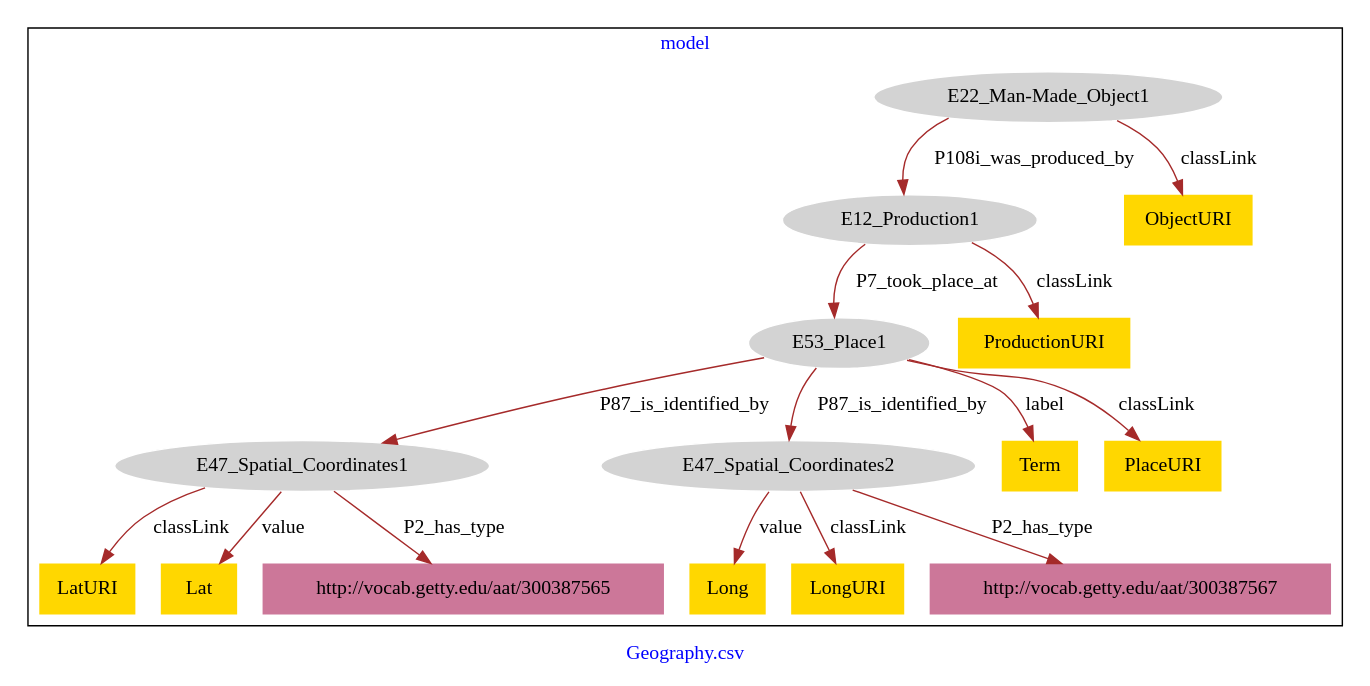
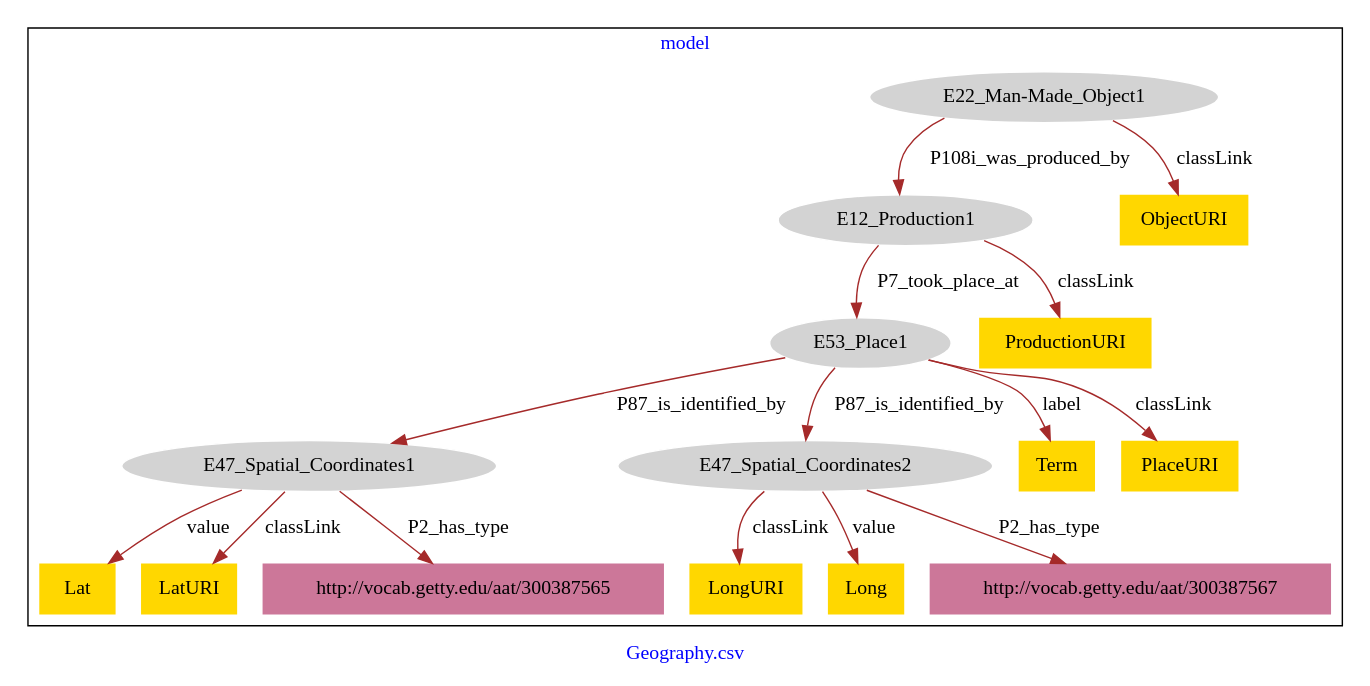
The diagram in Geography/Geography-model.dot (american-art/GM), drawn with Graphviz before and after one commit.

Commit message:
Update file Geography-model.dot

```diff
--- a/Geography/Geography-model.dot
+++ b/Geography/Geography-model.dot
@@ -1,37 +1,37 @@
 digraph n0 {
 fontcolor="blue"
 remincross="true"
 label="Geography.csv"
 subgraph cluster {
 label="model"
 n2[style="filled",color="white",fillcolor="lightgray",label="E12_Production1"];
 n3[style="filled",color="white",fillcolor="lightgray",label="E53_Place1"];
 n4[style="filled",color="white",fillcolor="lightgray",label="E22_Man-Made_Object1"];
 n5[style="filled",color="white",fillcolor="lightgray",label="E47_Spatial_Coordinates1"];
 n6[style="filled",color="white",fillcolor="lightgray",label="E47_Spatial_Coordinates2"];
 n7[shape="plaintext",style="filled",fillcolor="gold",label="Term"];
-n8[shape="plaintext",style="filled",fillcolor="gold",label="Long"];
-n9[shape="plaintext",style="filled",fillcolor="gold",label="LatURI"];
-n10[shape="plaintext",style="filled",fillcolor="gold",label="Lat"];
-n11[shape="plaintext",style="filled",fillcolor="gold",label="ProductionURI"];
-n12[shape="plaintext",style="filled",fillcolor="gold",label="LongURI"];
-n13[shape="plaintext",style="filled",fillcolor="gold",label="ObjectURI"];
-n14[shape="plaintext",style="filled",fillcolor="gold",label="PlaceURI"];
+n8[shape="plaintext",style="filled",fillcolor="gold",label="Lat"];
+n9[shape="plaintext",style="filled",fillcolor="gold",label="LongURI"];
+n10[shape="plaintext",style="filled",fillcolor="gold",label="ObjectURI"];
+n11[shape="plaintext",style="filled",fillcolor="gold",label="PlaceURI"];
+n12[shape="plaintext",style="filled",fillcolor="gold",label="Long"];
+n13[shape="plaintext",style="filled",fillcolor="gold",label="LatURI"];
+n14[shape="plaintext",style="filled",fillcolor="gold",label="ProductionURI"];
 n15[shape="plaintext",style="filled",fillcolor="#CC7799",label="http://vocab.getty.edu/aat/300387567"];
 n16[shape="plaintext",style="filled",fillcolor="#CC7799",label="http://vocab.getty.edu/aat/300387565"];
 }
 n2 -> n3[color="brown",fontcolor="black",label="P7_took_place_at"]
 n4 -> n2[color="brown",fontcolor="black",label="P108i_was_produced_by"]
 n3 -> n5[color="brown",fontcolor="black",label="P87_is_identified_by"]
 n3 -> n6[color="brown",fontcolor="black",label="P87_is_identified_by"]
 n3 -> n7[color="brown",fontcolor="black",label="label"]
-n6 -> n8[color="brown",fontcolor="black",label="value"]
-n5 -> n9[color="brown",fontcolor="black",label="classLink"]
-n5 -> n10[color="brown",fontcolor="black",label="value"]
-n2 -> n11[color="brown",fontcolor="black",label="classLink"]
-n6 -> n12[color="brown",fontcolor="black",label="classLink"]
-n4 -> n13[color="brown",fontcolor="black",label="classLink"]
-n3 -> n14[color="brown",fontcolor="black",label="classLink"]
+n5 -> n8[color="brown",fontcolor="black",label="value"]
+n6 -> n9[color="brown",fontcolor="black",label="classLink"]
+n4 -> n10[color="brown",fontcolor="black",label="classLink"]
+n3 -> n11[color="brown",fontcolor="black",label="classLink"]
+n6 -> n12[color="brown",fontcolor="black",label="value"]
+n5 -> n13[color="brown",fontcolor="black",label="classLink"]
+n2 -> n14[color="brown",fontcolor="black",label="classLink"]
 n6 -> n15[color="brown",fontcolor="black",label="P2_has_type"]
 n5 -> n16[color="brown",fontcolor="black",label="P2_has_type"]
 }
```
